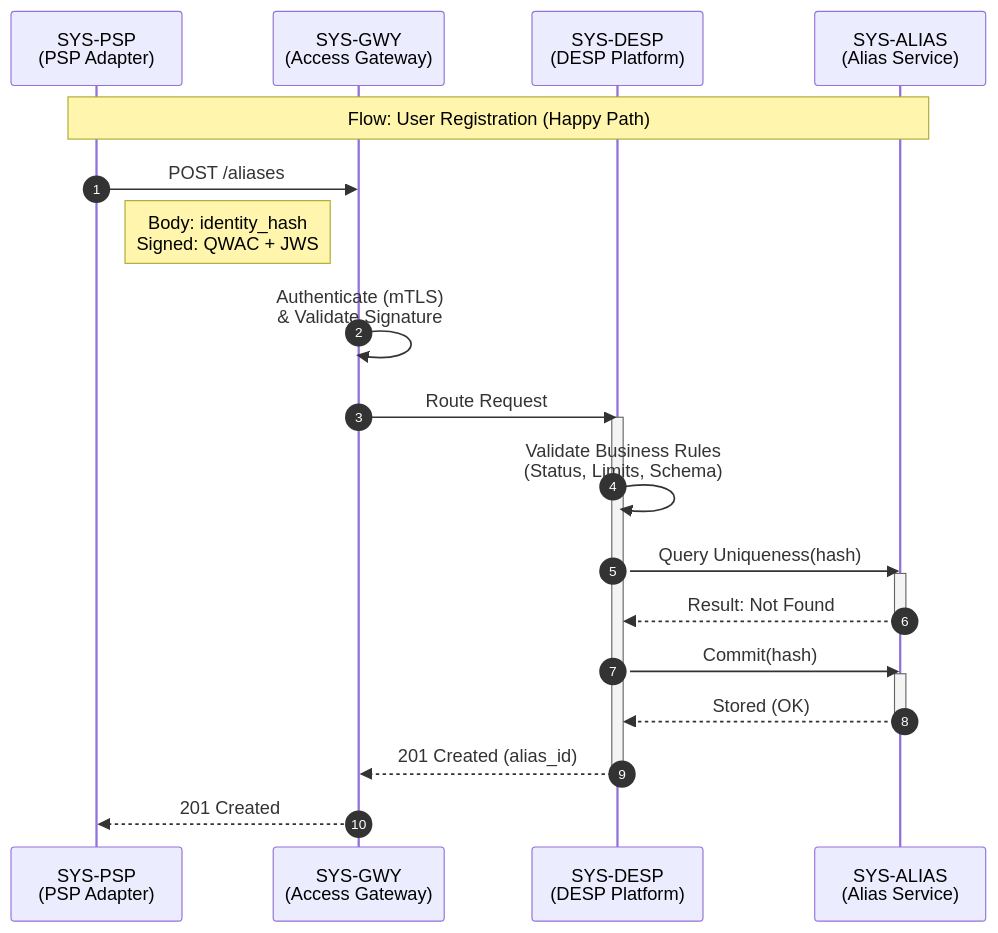
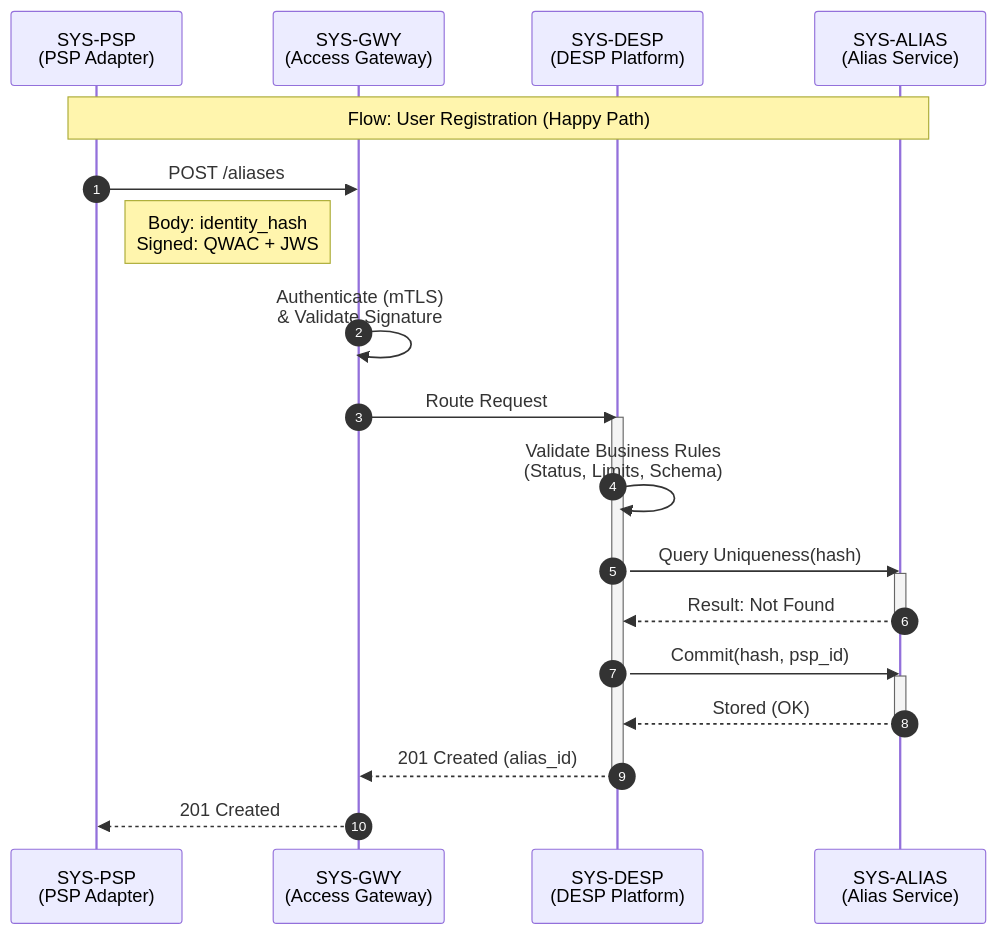
The first of 3 diagrams in 40-specifications/onboarding/onboarding-interfaces-spec.md (nnworkspace/elan), drawn with Mermaid before and after one commit. The commit also changed other lines of this file and 20 other files, not shown here.

````diff
--- a/40-specifications/onboarding/onboarding-interfaces-spec.md
+++ b/40-specifications/onboarding/onboarding-interfaces-spec.md
@@ -54,46 +55,46 @@
 ```mermaid
 sequenceDiagram
     autonumber
     
     participant PSP as SYS-PSP<br/>(PSP Adapter)
     participant GWY as SYS-GWY<br/>(Access Gateway)
     participant DESP as SYS-DESP<br/>(DESP Platform)
     participant ALIAS as SYS-ALIAS<br/>(Alias Service)
 
     Note over PSP, ALIAS: Flow: User Registration (Happy Path)
 
     %% STEP-REG-01
     PSP->>GWY: POST /aliases
     Note right of PSP: Body: identity_hash<br/>Signed: QWAC + JWS
 
     %% STEP-REG-02
     GWY->>GWY: Authenticate (mTLS)<br/>& Validate Signature
 
     %% STEP-REG-03
     GWY->>DESP: Route Request
     activate DESP
 
     %% STEP-REG-04
     DESP->>DESP: Validate Business Rules<br/>(Status, Limits, Schema)
 
     %% STEP-REG-05
     DESP->>ALIAS: Query Uniqueness(hash)
     activate ALIAS
 
     %% STEP-REG-06
     ALIAS-->>DESP: Result: Not Found
     deactivate ALIAS
 
     %% STEP-REG-07
-    DESP->>ALIAS: Commit(hash)
+    DESP->>ALIAS: Commit(hash, psp_id)
     activate ALIAS
     ALIAS-->>DESP: Stored (OK)
     deactivate ALIAS
 
     %% STEP-REG-08
     DESP-->>GWY: 201 Created (alias_id)
     deactivate DESP
 
     %% STEP-REG-09
     GWY-->>PSP: 201 Created
 ```
````
